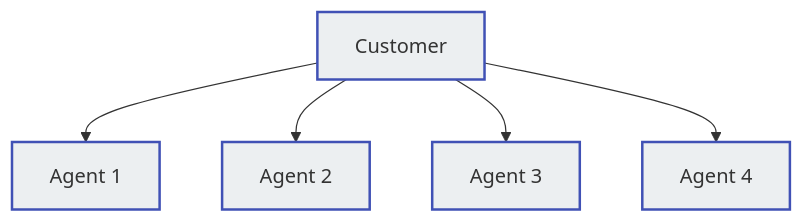
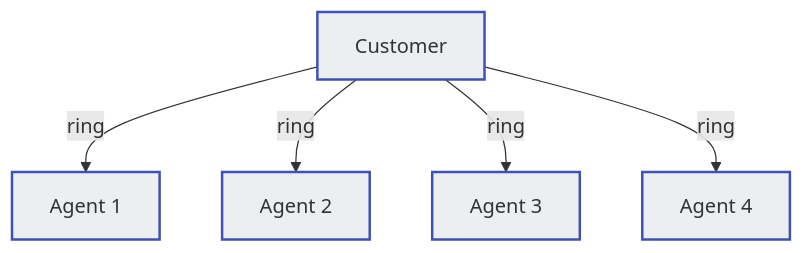
Before and after one commit to connexcs/docs: the first of 3 diagrams in docs/class5/creating-group.md, drawn with Mermaid.

````diff
--- a/docs/class5/creating-group.md
+++ b/docs/class5/creating-group.md
@@ -13,12 +13,12 @@
 ```mermaid
 graph TD
-A[Customer] --> B[Agent 1]
-A[Customer] --> C[Agent 2]
-A[Customer] --> D[Agent 3]
-A[Customer] --> E[Agent 4]
+A[Customer] -->|ring| B[Agent 1]
+A[Customer] -->|ring| C[Agent 2]
+A[Customer] -->|ring| D[Agent 3]
+A[Customer] -->|ring| E[Agent 4]
 style A fill:#ECEFF1,stroke:#4051b5,stroke-width:2px
 style B fill:#ECEFF1,stroke:#4051b5,stroke-width:2px
 style C fill:#ECEFF1,stroke:#4051b5,stroke-width:2px
 style D fill:#ECEFF1,stroke:#4051b5,stroke-width:2px
 style E fill:#ECEFF1,stroke:#4051b5,stroke-width:2px
 ```
````
